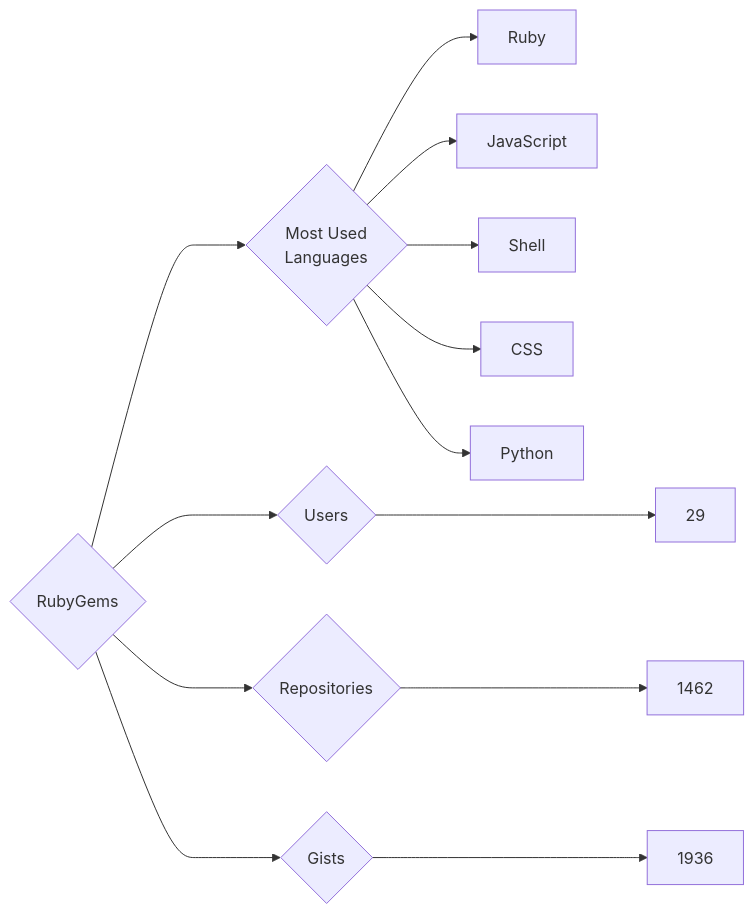
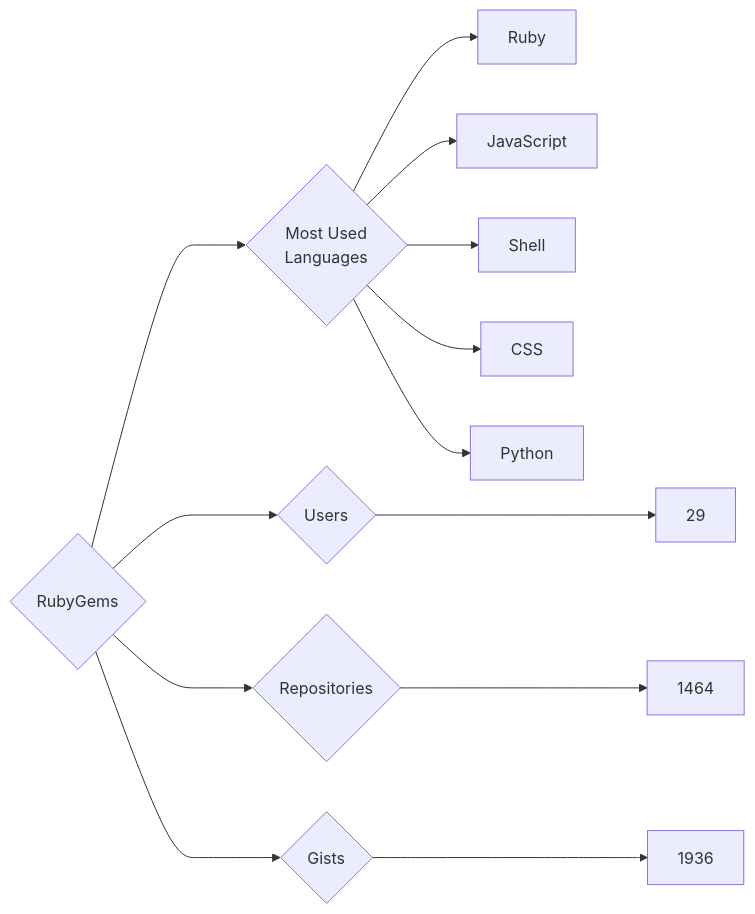
Before and after one commit to trickest/insiders: the diagram in targets/RubyGems/README.md, drawn with Mermaid. The commit also changed 794 other files, not shown here.

````diff
--- a/targets/RubyGems/README.md
+++ b/targets/RubyGems/README.md
@@ -3,13 +3,13 @@
 ```mermaid
 graph LR
 COMPANY_NAME{RubyGems}
 COMPANY_NAME ---> U{Users} ---> UN[29]
-COMPANY_NAME ---> R{Repositories} ---> RN[1462]
+COMPANY_NAME ---> R{Repositories} ---> RN[1464]
 COMPANY_NAME ---> G{Gists} ---> GN[1936]
 COMPANY_NAME ---> ML{Most Used<br>Languages}
 ML --> Ruby[Ruby]
 ML --> JavaScript[JavaScript]
 ML --> Shell[Shell]
 ML --> CSS[CSS]
 ML --> Python[Python]
 ```
````
